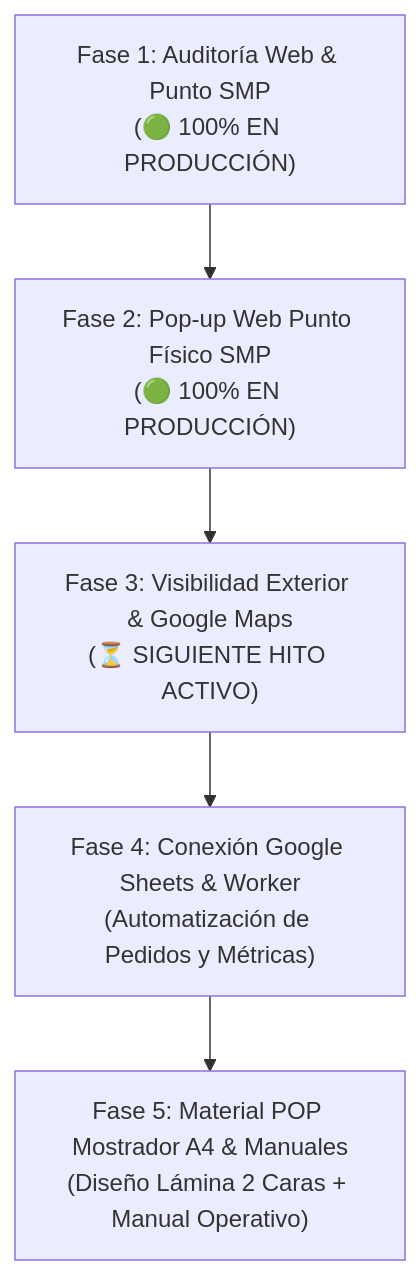
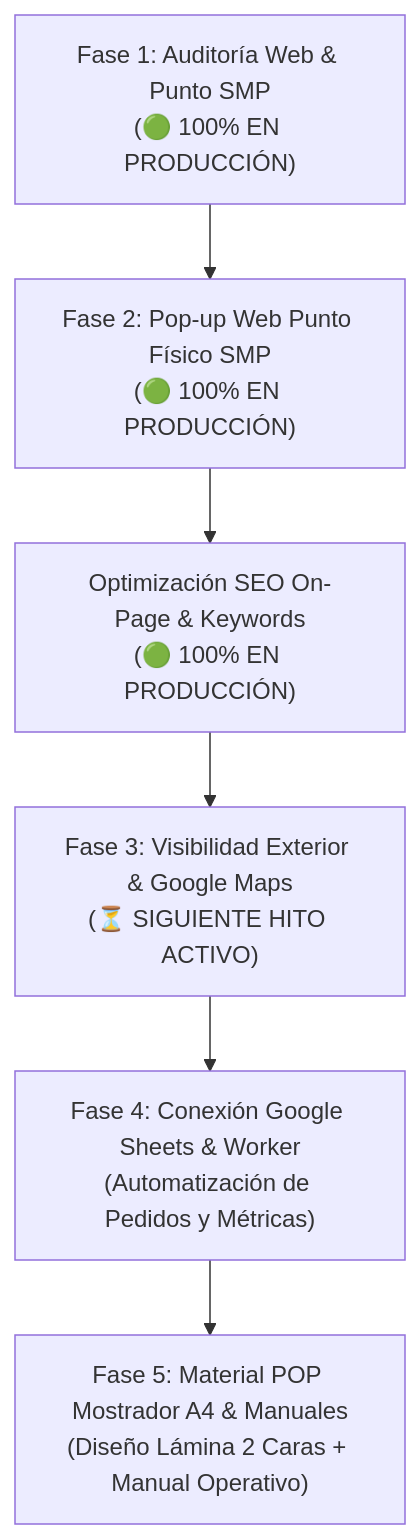
The diagram in docs/5_REPORTE_AUDITORIA_2026-11-06.md (dolce7aroma/dolce7aroma.github.io), drawn with Mermaid before and after one commit. The commit also changed other lines of this file, not shown here.

Commit message:
docs: actualizar reporte a v2.3 con SEO y delivery gratis desplegados

````diff
--- a/docs/5_REPORTE_AUDITORIA_2026-11-06.md
+++ b/docs/5_REPORTE_AUDITORIA_2026-11-06.md
@@ -42,7 +23,8 @@
 ```mermaid
 flowchart TD
     Fase1["Fase 1: Auditoría Web & Punto SMP<br/>(🟢 100% EN PRODUCCIÓN)"] --> Fase2["Fase 2: Pop-up Web Punto Físico SMP<br/>(🟢 100% EN PRODUCCIÓN)"]
-    Fase2 --> Fase3["Fase 3: Visibilidad Exterior & Google Maps<br/>(⏳ SIGUIENTE HITO ACTIVO)"]
+    Fase2 --> SEO["Optimización SEO On-Page & Keywords<br/>(🟢 100% EN PRODUCCIÓN)"]
+    SEO --> Fase3["Fase 3: Visibilidad Exterior & Google Maps<br/>(⏳ SIGUIENTE HITO ACTIVO)"]
     Fase3 --> Fase4["Fase 4: Conexión Google Sheets & Worker<br/>(Automatización de Pedidos y Métricas)"]
     Fase4 --> Fase5["Fase 5: Material POP Mostrador A4 & Manuales<br/>(Diseño Lámina 2 Caras + Manual Operativo)"]
 ```
````
